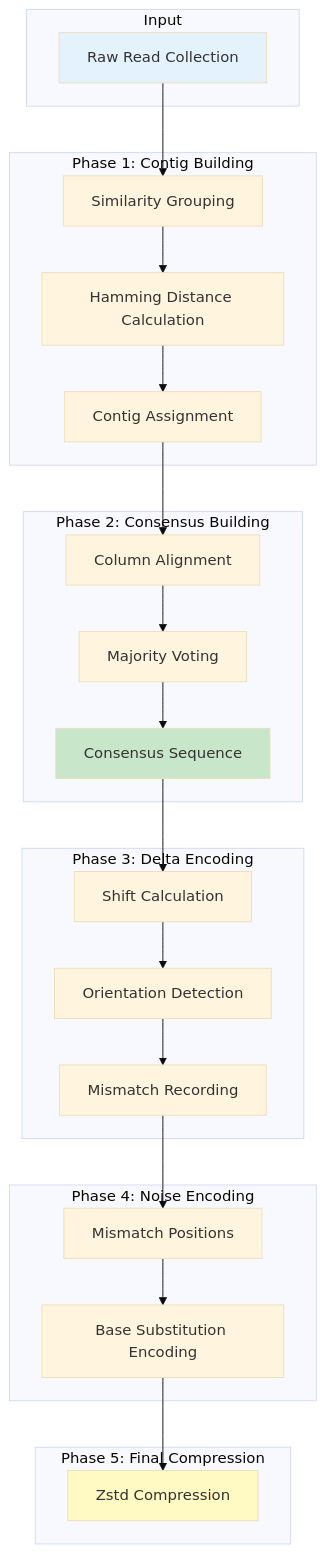
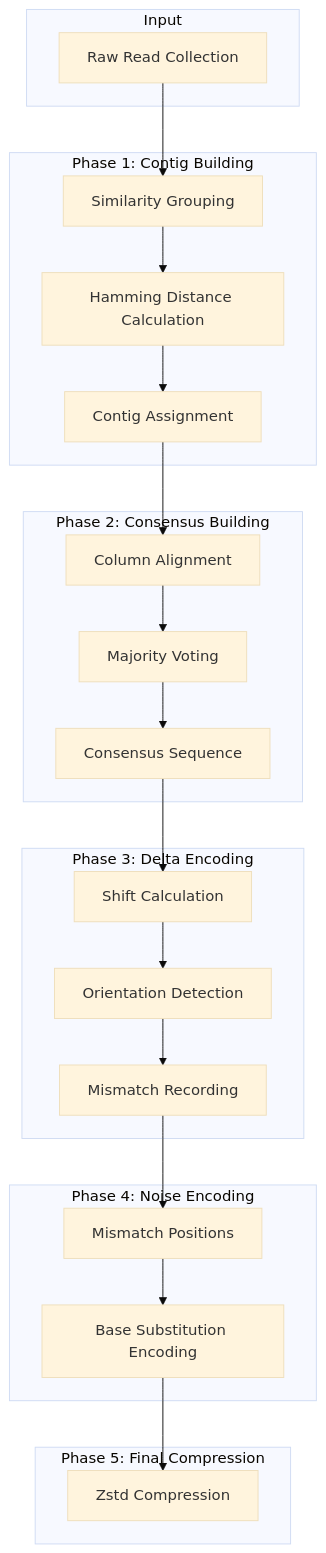
The first of 11 diagrams in docs/en/algorithms/abc-deep-dive.md (open-genomics/fq-compressor-rust), drawn with Mermaid (base theme) before and after one commit. The commit also changed other lines of this file and 23 other files, not shown here.

````diff
--- a/docs/en/algorithms/abc-deep-dive.md
+++ b/docs/en/algorithms/abc-deep-dive.md
@@ -9,43 +9,40 @@
 ```mermaid
 flowchart TB
     subgraph Input
         A[Raw Read Collection]
     end
     
     subgraph "Phase 1: Contig Building"
         B[Similarity Grouping]
         C[Hamming Distance Calculation]
         D[Contig Assignment]
     end
     
     subgraph "Phase 2: Consensus Building"
         E[Column Alignment]
         F[Majority Voting]
         G[Consensus Sequence]
     end
     
     subgraph "Phase 3: Delta Encoding"
         H[Shift Calculation]
         I[Orientation Detection]
         J[Mismatch Recording]
     end
     
     subgraph "Phase 4: Noise Encoding"
         K[Mismatch Positions]
         L[Base Substitution Encoding]
     end
     
     subgraph "Phase 5: Final Compression"
         M[Zstd Compression]
     end
     
     A --> B --> C --> D
     D --> E --> F --> G
     G --> H --> I --> J
     J --> K --> L
     L --> M
     
-    style A fill:#E3F2FD
-    style G fill:#C8E6C9
-    style M fill:#FFF9C4
 ```
````
